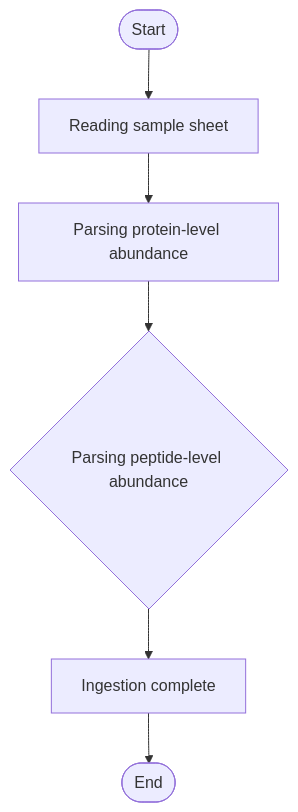
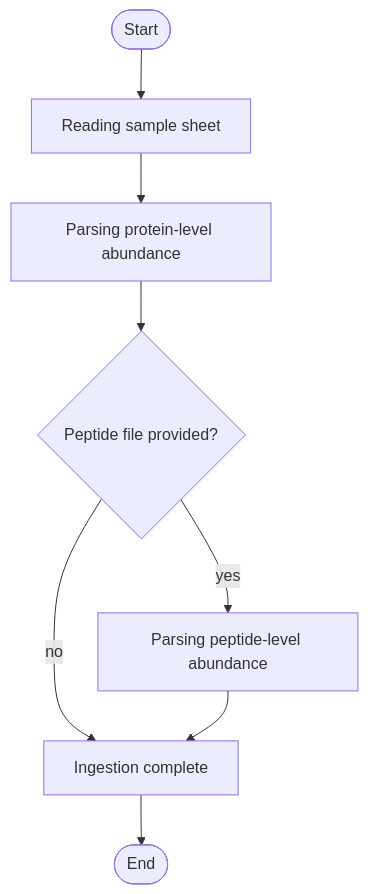
Before and after one commit to noatgnu/lysoip-ingestion-plugin: the diagram in README.md, drawn with Mermaid. The commit also changed 2 other files, not shown here.

````diff
--- a/README.md
+++ b/README.md
@@ -29,12 +29,15 @@
 ```mermaid
 flowchart TD
     Start([Start]) --> step1
     step1["Reading sample sheet"]
-    step1 --> step2
-    step2["Parsing protein-level abundance"]
-    step2 --> step3
-    step3{"Parsing peptide-level abundance"}
-    step3 --> step4
-    step4["Ingestion complete"]
-    step4 --> End([End])
+    step1 --> parse
+    parse["Parsing protein-level abundance"]
+    parse --> has_peptides
+    has_peptides{"Peptide file provided?"}
+    has_peptides -->|"yes"| parse_peptides
+    has_peptides -->|"no"| step2
+    parse_peptides["Parsing peptide-level abundance"]
+    parse_peptides --> step2
+    step2["Ingestion complete"]
+    step2 --> End([End])
 ```
````
